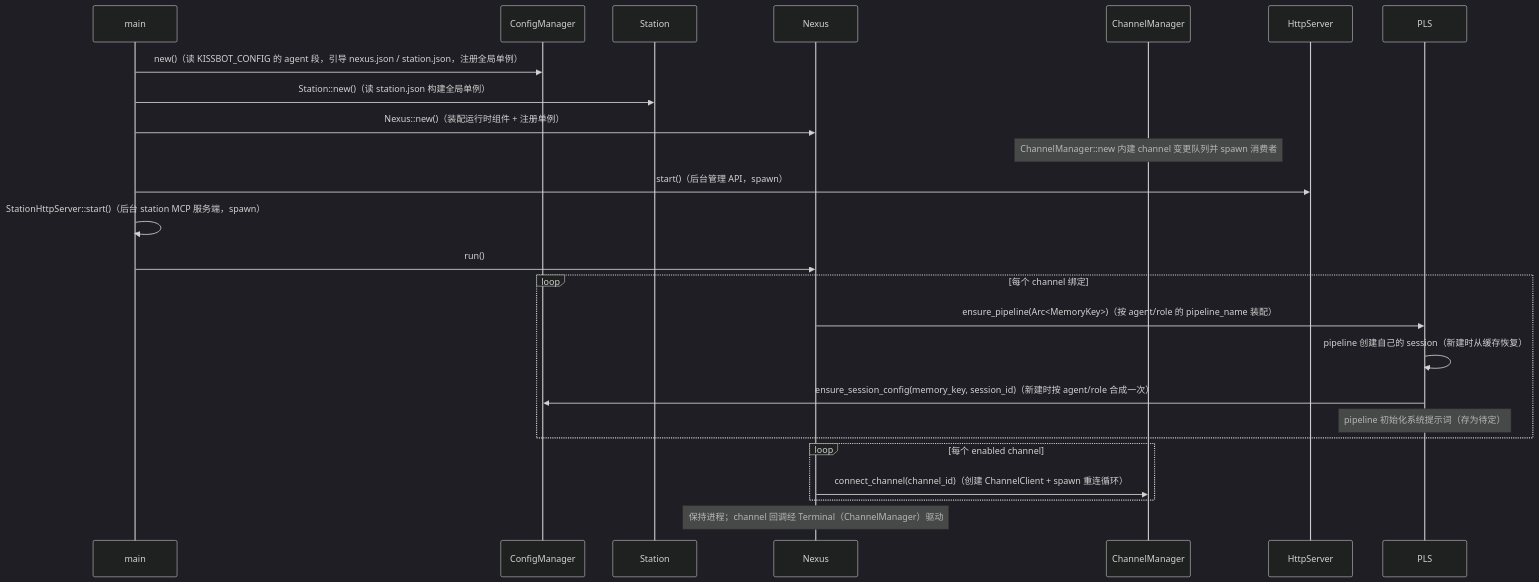
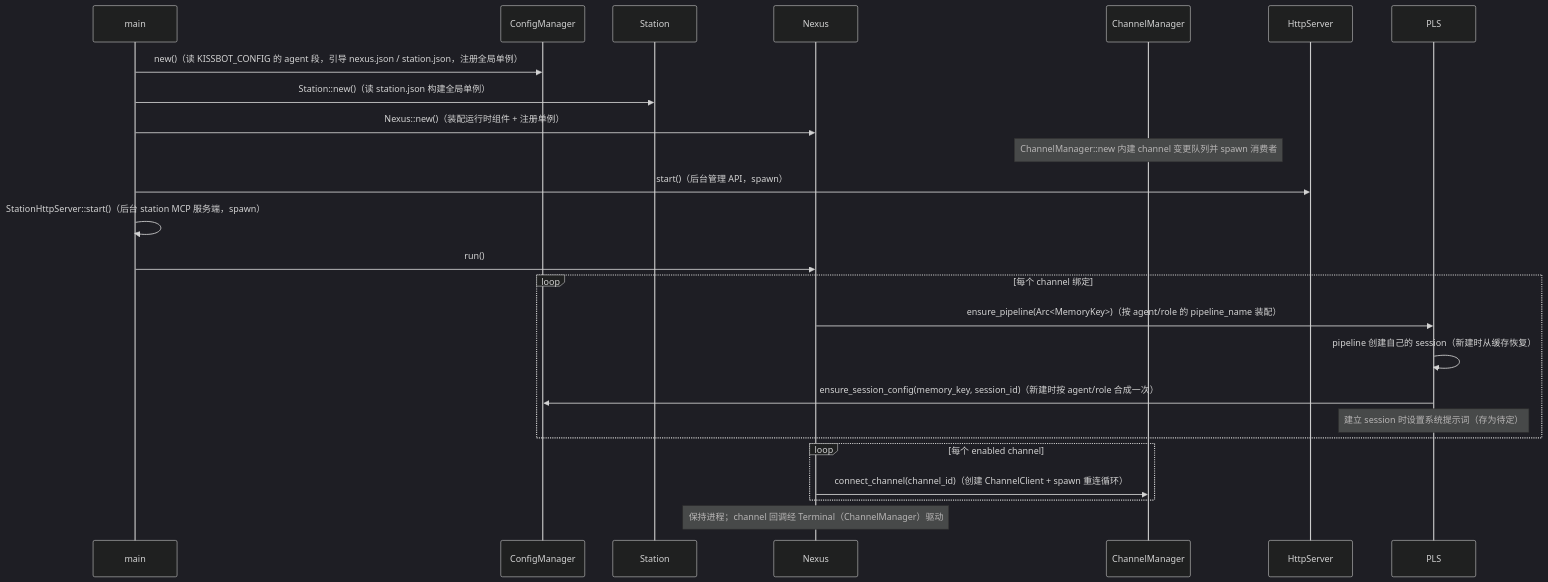
Before and after one commit to coldcloude/kissbot: the second of 5 diagrams in docs/spec/agent-modules.md, drawn with Mermaid (dark theme). The commit also changed other lines of this file and 1 other file, not shown here.

````diff
--- a/docs/spec/agent-modules.md
+++ b/docs/spec/agent-modules.md
@@ -108,27 +108,27 @@
 ```mermaid
 sequenceDiagram
     participant main
     participant CFG as ConfigManager
     participant ST as Station
     participant CO as Nexus
     participant CHM as ChannelManager
     participant HS as HttpServer
 
     main->>CFG: new()（读 KISSBOT_CONFIG 的 agent 段，引导 nexus.json / station.json，注册全局单例）
     main->>ST: Station::new()（读 station.json 构建全局单例）
     main->>CO: Nexus::new()（装配运行时组件 + 注册单例）
     Note over CHM: ChannelManager::new 内建 channel 变更队列并 spawn 消费者
     main->>HS: start()（后台管理 API，spawn）
     main->>main: StationHttpServer::start()（后台 station MCP 服务端，spawn）
     main->>CO: run()
     loop 每个 channel 绑定
         CO->>PLS: ensure_pipeline(Arc<MemoryKey>)（按 agent/role 的 pipeline_name 装配）
         PLS->>PLS: pipeline 创建自己的 session（新建时从缓存恢复）
         PLS->>CFG: ensure_session_config(memory_key, session_id)（新建时按 agent/role 合成一次）
-        Note over PLS: pipeline 初始化系统提示词（存为待定）
+        Note over PLS: 建立 session 时设置系统提示词（存为待定）
     end
     loop 每个 enabled channel
         CO->>CHM: connect_channel(channel_id)（创建 ChannelClient + spawn 重连循环）
     end
     Note over CO: 保持进程；channel 回调经 Terminal（ChannelManager）驱动
 ```
````
